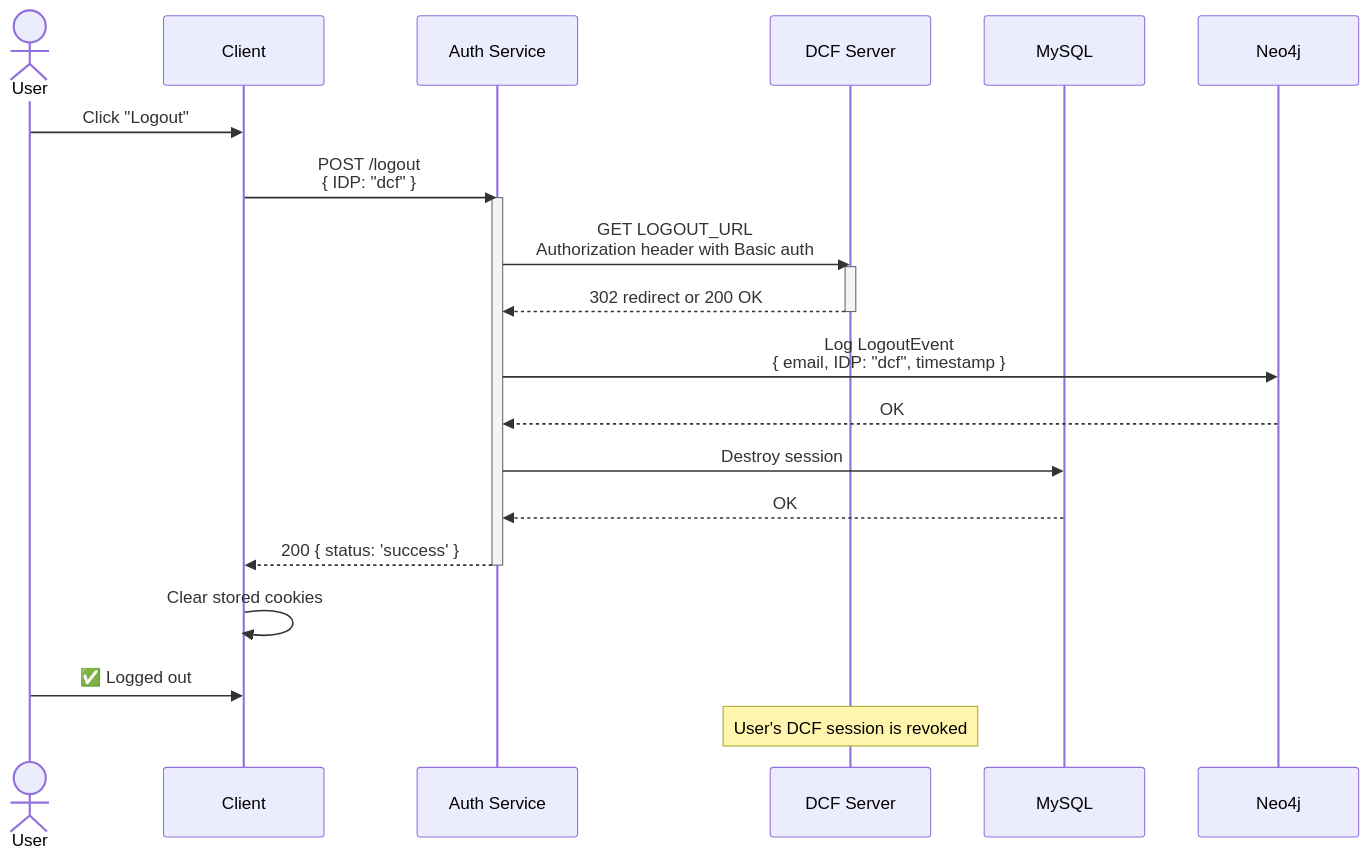
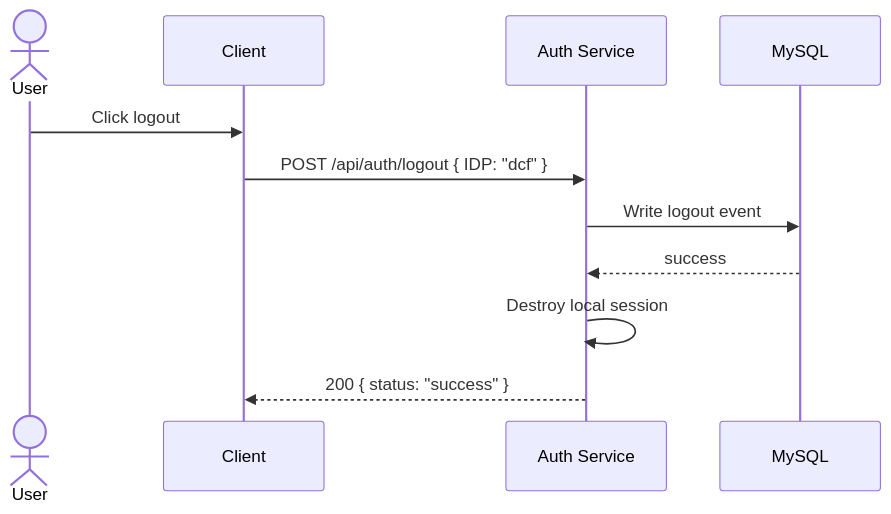
One commit to CBIIT/crdc-ctdc-authn changed the second of 2 diagrams in docs/features/dcf-fence-login.md. Above: the diagram before and after it, drawn with Mermaid. The commit also changed other lines of this file, not shown here.

First line of the commit message:
docs(features): correct dcf login implementation notes

````diff
--- a/docs/features/dcf-fence-login.md
+++ b/docs/features/dcf-fence-login.md
@@ -262,33 +146,14 @@
 ```mermaid
 sequenceDiagram
     actor User
     participant Client
     participant AuthService as Auth Service
-    participant DCFServer as DCF Server
     participant MySQL as MySQL
-    participant Neo4j as Neo4j
-    
-    User->>Client: Click "Logout"
-    Client->>AuthService: POST /logout<br/>{ IDP: "dcf" }
-    
-    activate AuthService
-    AuthService->>DCFServer: GET LOGOUT_URL<br/>Authorization header with Basic auth
-    
-    activate DCFServer
-    DCFServer-->>AuthService: 302 redirect or 200 OK
-    deactivate DCFServer
-    
-    AuthService->>Neo4j: Log LogoutEvent<br/>{ email, IDP: "dcf", timestamp }
-    Neo4j-->>AuthService: OK
-    
-    AuthService->>MySQL: Destroy session
-    MySQL-->>AuthService: OK
-    
-    AuthService-->>Client: 200 { status: 'success' }
-    deactivate AuthService
-    
-    Client->>Client: Clear stored cookies
-    User->>Client: ✅ Logged out
-    
-    Note over DCFServer: User's DCF session is revoked
+
+    User->>Client: Click logout
+    Client->>AuthService: POST /api/auth/logout { IDP: "dcf" }
+    AuthService->>MySQL: Write logout event
+    MySQL-->>AuthService: success
+    AuthService->>AuthService: Destroy local session
+    AuthService-->>Client: 200 { status: "success" }
 ```
````
